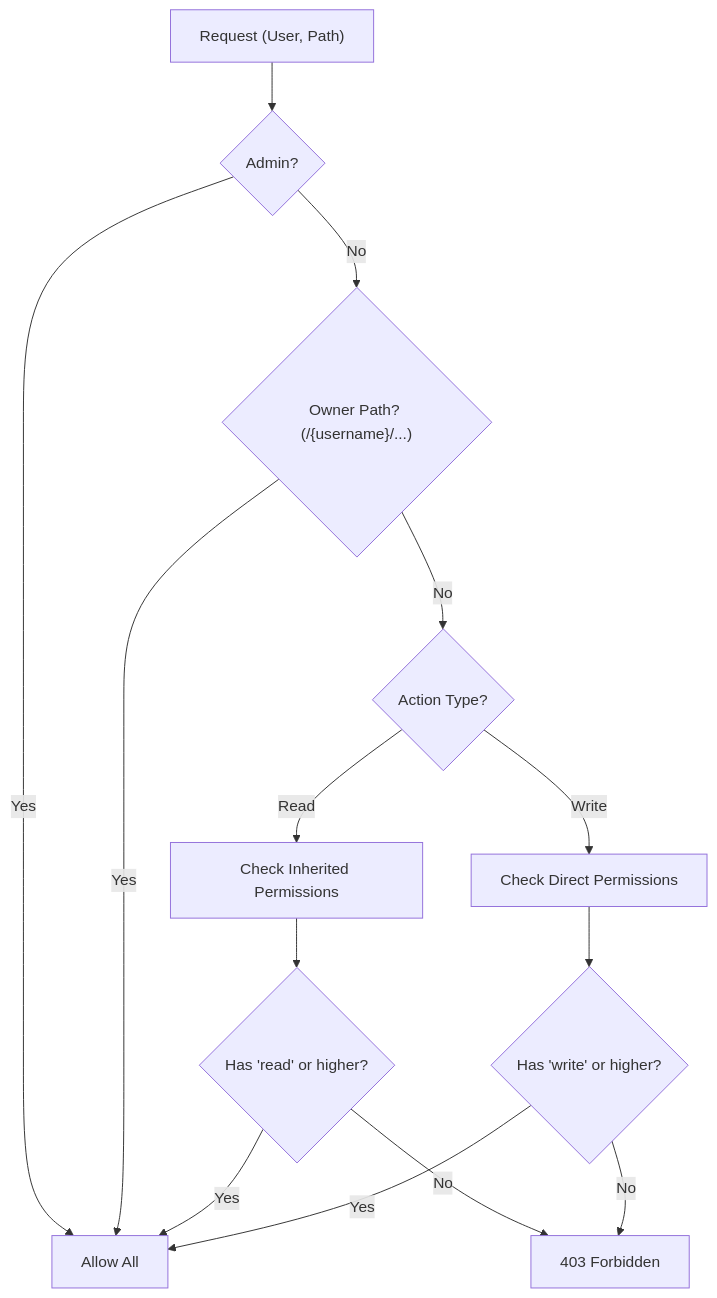
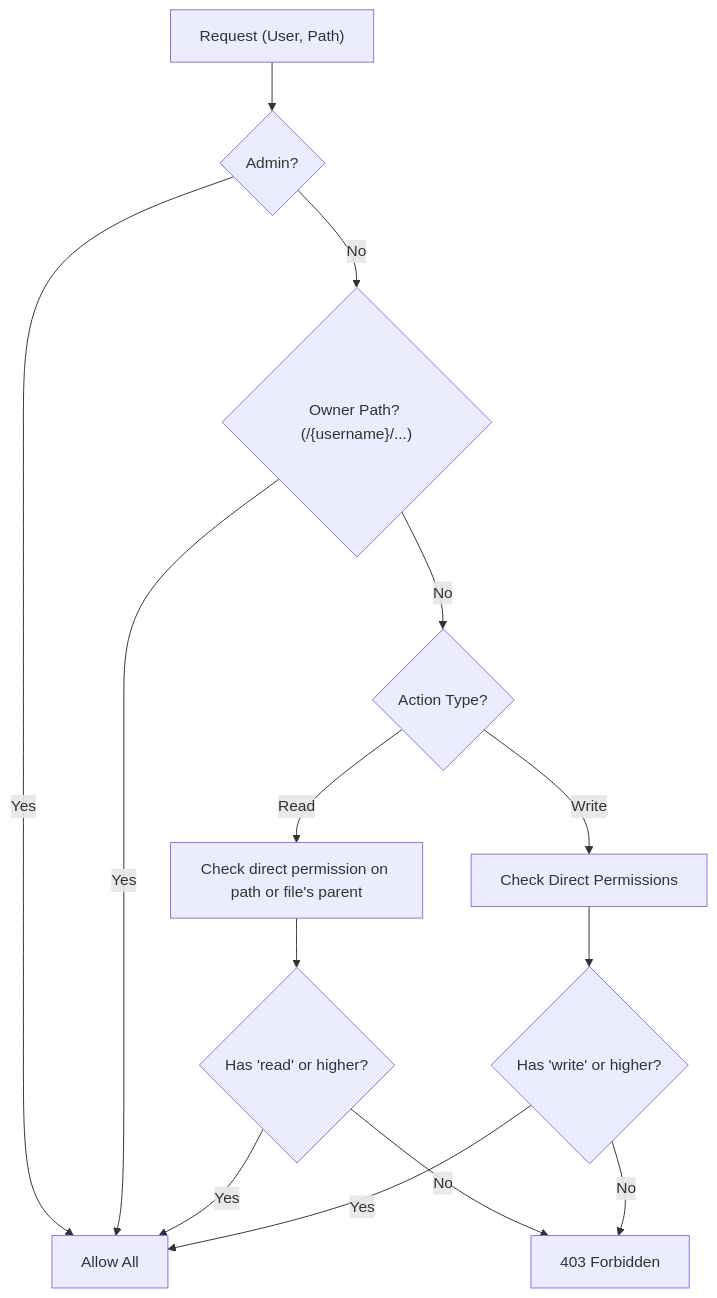
The first of 2 diagrams in docs/ARCHITECTURE.md (rct3232/webdav-easyaccess), drawn with Mermaid before and after one commit. The commit also changed other lines of this file and 12 other files, not shown here.

First line of the commit message:
docs: update architecture for direct-only permissions and add comprehensive development guides

````diff
--- a/docs/ARCHITECTURE.md
+++ b/docs/ARCHITECTURE.md
@@ -30,16 +30,16 @@
 ```mermaid
 flowchart TD
     A["Request (User, Path)"] --> B{"Admin?"}
     B -->|"Yes"| C["Allow All"]
     B -->|"No"| D{"Owner Path? (/{username}/...)"}
     D -->|"Yes"| C
     D -->|"No"| E{"Action Type?"}
-    E -->|"Read"| F["Check Inherited Permissions"]
+    E -->|"Read"| F["Check direct permission on path or file's parent"]
     E -->|"Write"| G["Check Direct Permissions"]
     F --> H{"Has 'read' or higher?"}
     G --> I{"Has 'write' or higher?"}
     H -->|"Yes"| C
     H -->|"No"| J["403 Forbidden"]
     I -->|"Yes"| C
     I -->|"No"| J
 ```
````
